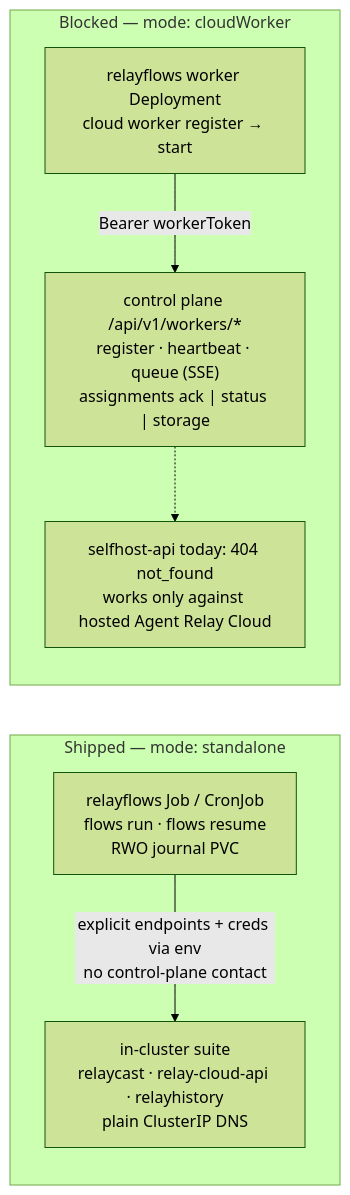
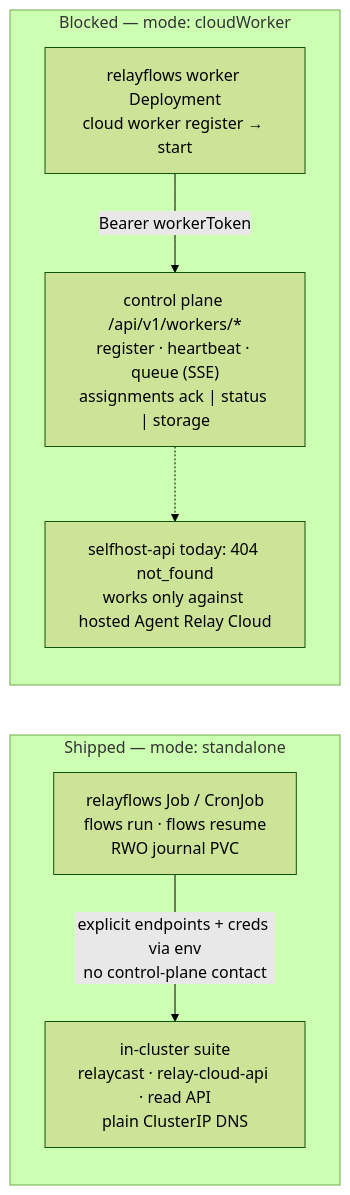
The second of 2 diagrams in docs/diagrams/self-hosted-architecture.md (AgentWorkforce/infra), drawn with Mermaid (forest theme) before and after one commit. The commit also changed other lines of this file and 135 other files, not shown here.

````diff
--- a/docs/diagrams/self-hosted-architecture.md
+++ b/docs/diagrams/self-hosted-architecture.md
@@ -147,16 +145,16 @@
 ```mermaid
 flowchart LR
   subgraph Today["Shipped — mode: standalone"]
     Job["relayflows Job / CronJob<br/>flows run · flows resume<br/>RWO journal PVC"]
-    Suite["in-cluster suite<br/>relaycast · relay-cloud-api · relayhistory<br/>plain ClusterIP DNS"]
+    Suite["in-cluster suite<br/>relaycast · relay-cloud-api · read API<br/>plain ClusterIP DNS"]
     Job -->|"explicit endpoints + creds via env<br/>no control-plane contact"| Suite
   end
 
   subgraph Blocked["Blocked — mode: cloudWorker"]
     W["relayflows worker Deployment<br/>cloud worker register → start"]
     Routes["control plane /api/v1/workers/*<br/>register · heartbeat · queue (SSE)<br/>assignments ack | status | storage"]
     Gap["selfhost-api today: 404 not_found<br/>works only against hosted Agent Relay Cloud"]
     W -->|"Bearer workerToken"| Routes
     Routes -.-> Gap
   end
 ```
````
